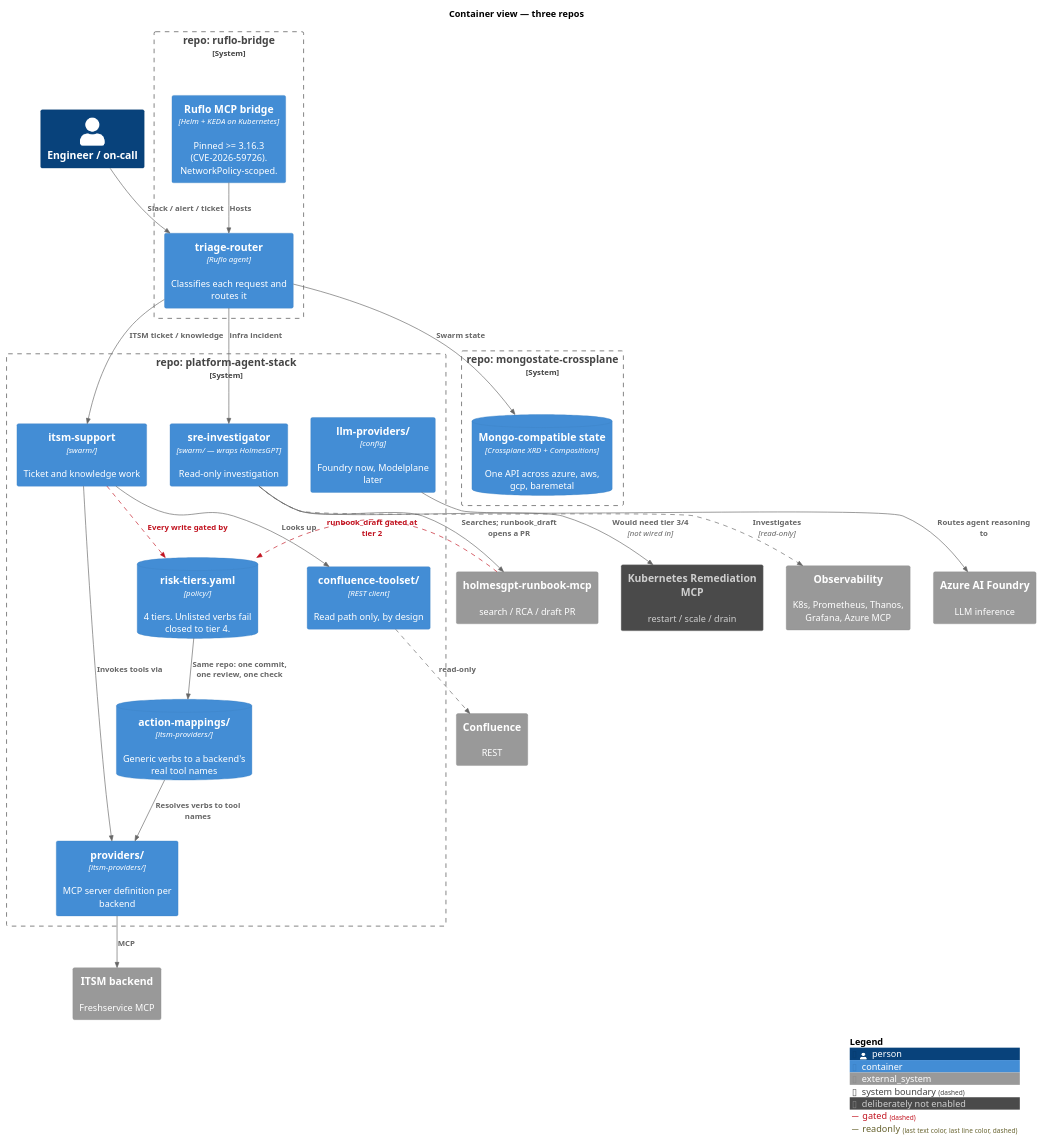
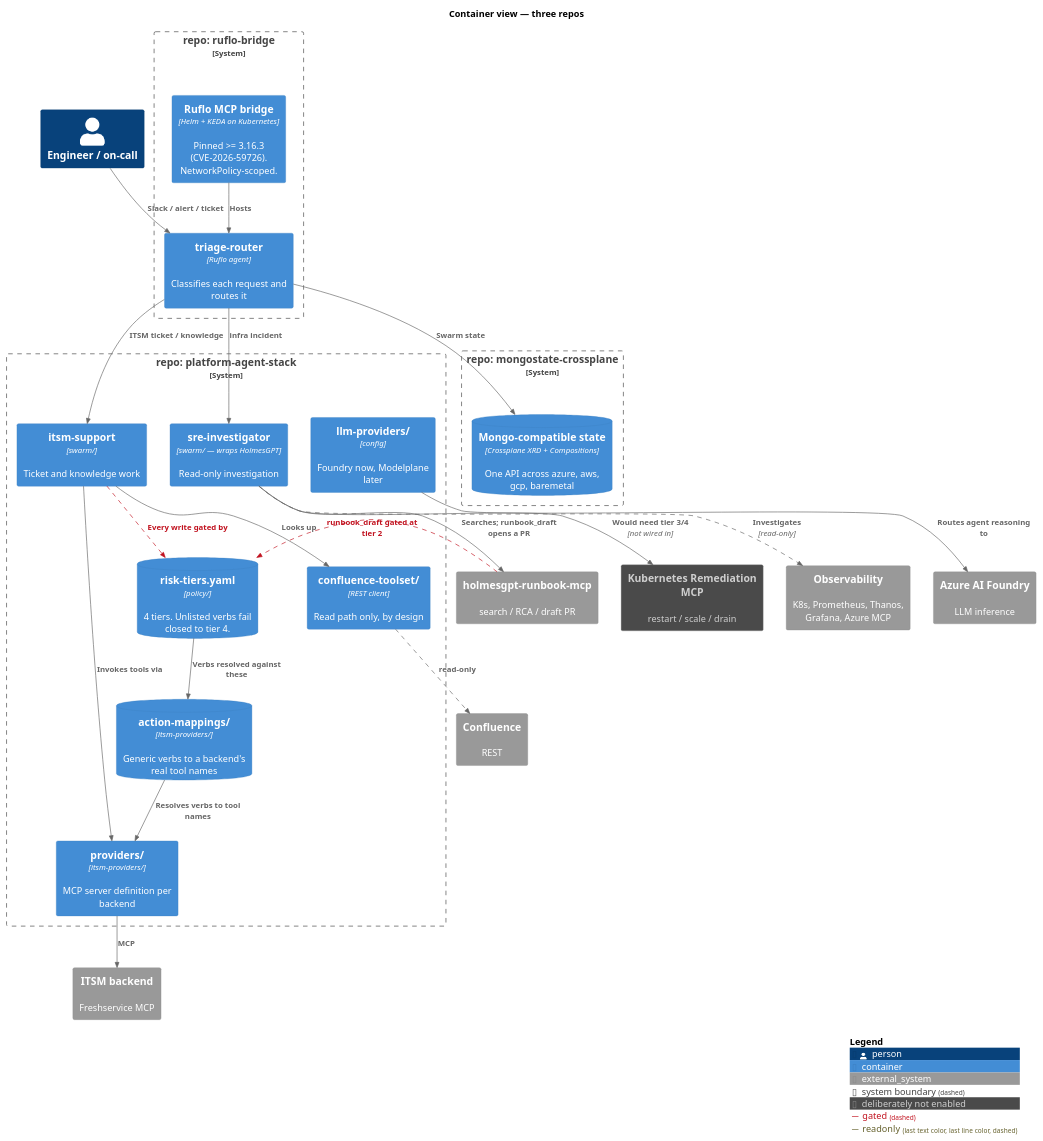
The diagram in docs/diagrams/c4-container.puml (polarpoint-io/platform-agent-stack), drawn with PlantUML before and after one commit. The commit also changed 6 other files, not shown here.

First line of the commit message:
Restructure: absorb topology, policy and provider repos as directories

```diff
--- a/docs/diagrams/c4-container.puml
+++ b/docs/diagrams/c4-container.puml
@@ -1,63 +1,63 @@
 @startuml c4-container
 ' C4 level 2 — containers, drawn along the repo boundaries.
 ' Each System_Boundary is a git repo; the parts inside platform-agent-stack
-' are directories, which is the whole point of the three-repo layout.
+' are directories within it.
 !include c4-plantuml/C4_Container.puml
 
 title Container view — three repos
 
 AddElementTag("notEnabled", $bgColor="#4a4a4a", $fontColor="#cfcfcf", $borderColor="#8a8a8a", $legendText="deliberately not enabled")
 AddRelTag("gated", $textColor="#c1121f", $lineColor="#c1121f", $lineStyle=DashedLine())
 AddRelTag("readonly", $lineStyle=DashedLine())
 
 Person(engineer, "Engineer / on-call")
 
 System_Boundary(bridge, "repo: ruflo-bridge") {
     Container(runtime, "Ruflo MCP bridge", "Helm + KEDA on Kubernetes", "Pinned >= 3.16.3 (CVE-2026-59726). NetworkPolicy-scoped.")
     Container(triage, "triage-router", "Ruflo agent", "Classifies each request and routes it")
 }
 
 System_Boundary(pas, "repo: platform-agent-stack") {
     Container(sre, "sre-investigator", "swarm/ — wraps HolmesGPT", "Read-only investigation")
     Container(itsmagent, "itsm-support", "swarm/", "Ticket and knowledge work")
     ContainerDb(policy, "risk-tiers.yaml", "policy/", "4 tiers. Unlisted verbs fail closed to tier 4.")
     ContainerDb(mappings, "action-mappings/", "itsm-providers/", "Generic verbs to a backend's real tool names")
     Container(provider, "providers/", "itsm-providers/", "MCP server definition per backend")
     Container(confl, "confluence-toolset/", "REST client", "Read path only, by design")
     Container(llmcfg, "llm-providers/", "config", "Foundry now, Modelplane later")
 }
 
 System_Boundary(state, "repo: mongostate-crossplane") {
     ContainerDb(mongo, "Mongo-compatible state", "Crossplane XRD + Compositions", "One API across azure, aws, gcp, baremetal")
 }
 
 System_Ext(obs, "Observability", "K8s, Prometheus, Thanos, Grafana, Azure MCP")
 System_Ext(itsmext, "ITSM backend", "Freshservice MCP")
 System_Ext(conflext, "Confluence", "REST")
 System_Ext(runbooks, "holmesgpt-runbook-mcp", "search / RCA / draft PR")
 System_Ext(foundry, "Azure AI Foundry", "LLM inference")
 System_Ext(remediation, "Kubernetes Remediation MCP", "restart / scale / drain", $tags="notEnabled")
 
 Rel(engineer, triage, "Slack / alert / ticket")
 Rel(runtime, triage, "Hosts")
 Rel(triage, sre, "infra incident")
 Rel(triage, itsmagent, "ITSM ticket / knowledge")
 Rel(triage, mongo, "Swarm state")
 
 Rel(sre, obs, "Investigates", "read-only", $tags="readonly")
 Rel(sre, runbooks, "Searches; runbook_draft opens a PR")
 Rel(runbooks, policy, "runbook_draft gated at tier 2", $tags="gated")
 Rel_D(sre, remediation, "Would need tier 3/4", "not wired in")
 
 Rel(itsmagent, provider, "Invokes tools via")
 Rel(itsmagent, confl, "Looks up")
 Rel(provider, itsmext, "MCP")
 Rel(confl, conflext, "read-only", $tags="readonly")
 Rel(itsmagent, policy, "Every write gated by", $tags="gated")
-Rel(policy, mappings, "Same repo: one commit, one review, one check")
+Rel(policy, mappings, "Verbs resolved against these")
 Rel(mappings, provider, "Resolves verbs to tool names")
 
 Rel(llmcfg, foundry, "Routes agent reasoning to")
 
 SHOW_LEGEND()
 @enduml
```
